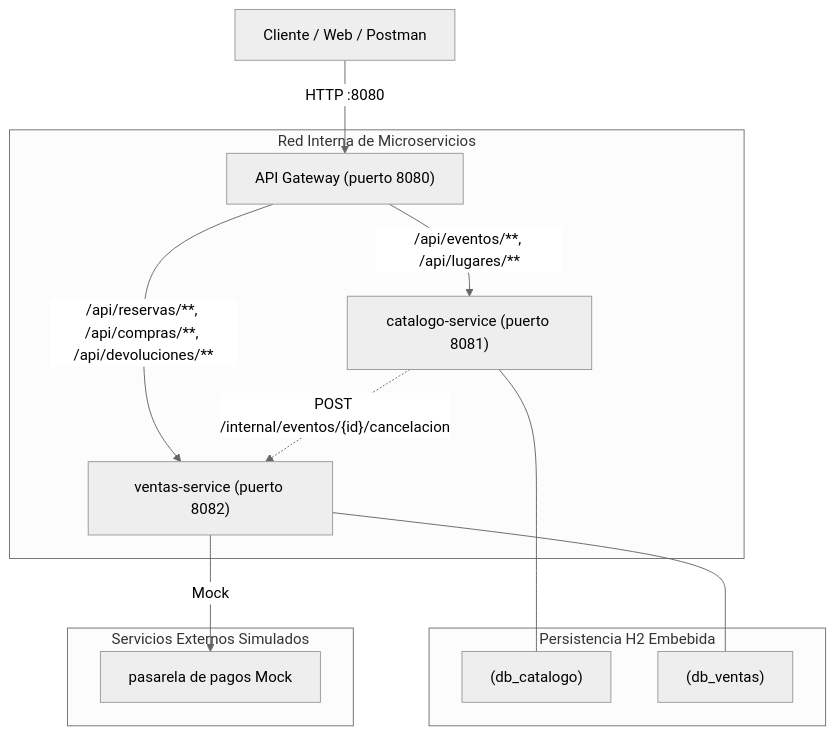
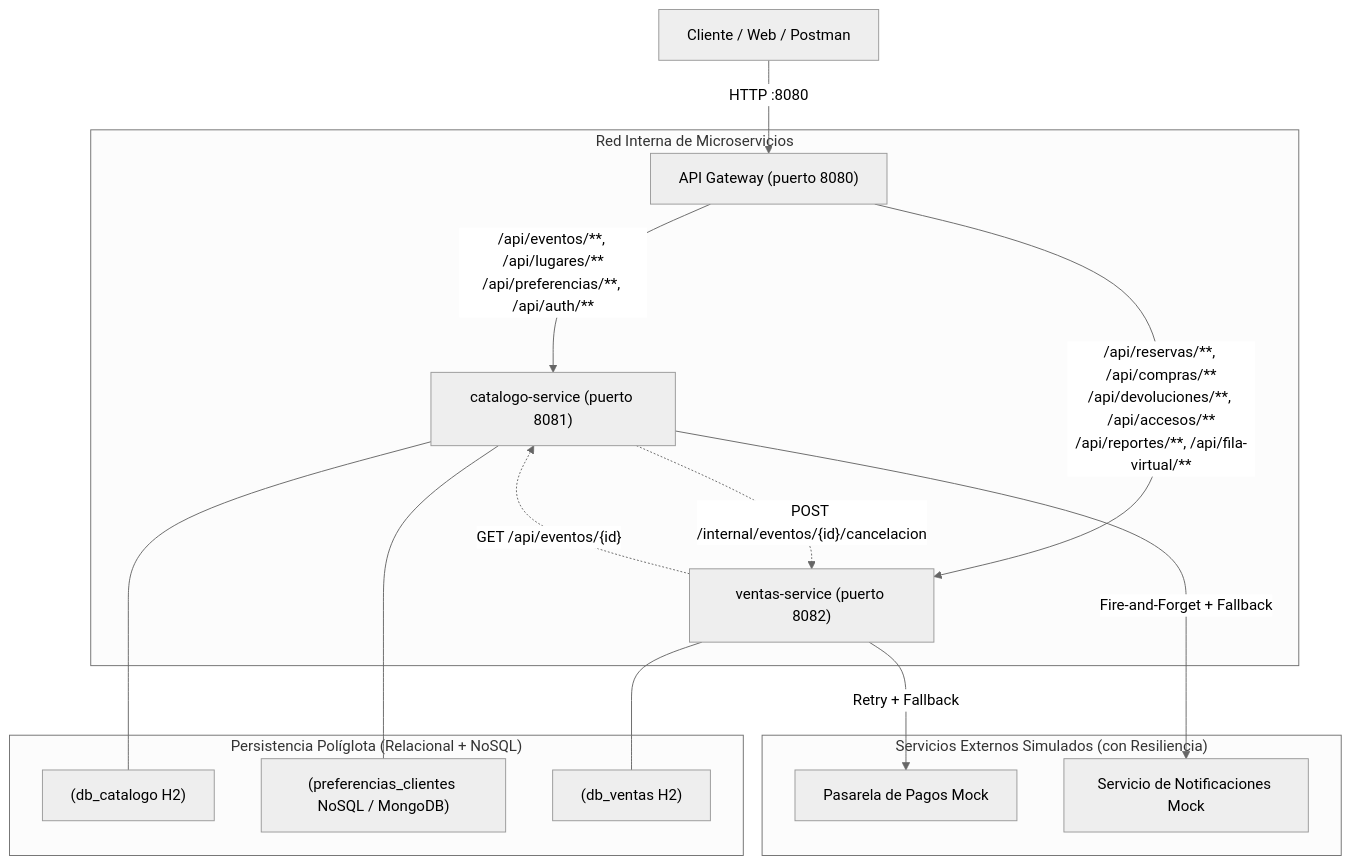
The diagram in README.md (BrandonPenna/GrupoArqui), drawn with Mermaid (neutral theme) before and after one commit. The commit also changed other lines of this file and 38 other files, not shown here.

Commit message:
feat(entrega2): implementar fila virtual, preferencias NoSQL, JWT, cache, resiliencia, docker y tests

````diff
--- a/README.md
+++ b/README.md
@@ -11,19 +11,22 @@
 ```mermaid
 graph TD
     Client["Cliente / Web / Postman"] -->|HTTP :8080| Gateway["API Gateway (puerto 8080)"]
 
     subgraph RedInterna ["Red Interna de Microservicios"]
-        Gateway -->|"/api/eventos/**, /api/lugares/**"| CatService["catalogo-service (puerto 8081)"]
-        Gateway -->|"/api/reservas/**, /api/compras/**, /api/devoluciones/**"| VenService["ventas-service (puerto 8082)"]
+        Gateway -->|"/api/eventos/**, /api/lugares/**<br/>/api/preferencias/**, /api/auth/**"| CatService["catalogo-service (puerto 8081)"]
+        Gateway -->|"/api/reservas/**, /api/compras/**<br/>/api/devoluciones/**, /api/accesos/**<br/>/api/reportes/**, /api/fila-virtual/**"| VenService["ventas-service (puerto 8082)"]
         CatService -.->|"POST /internal/eventos/{id}/cancelacion"| VenService
+        VenService -.->|"GET /api/eventos/{id}"| CatService
     end
 
-    subgraph BasesDatos ["Persistencia H2 Embebida"]
-        CatService --- DBCat["(db_catalogo)"]
-        VenService --- DBVen["(db_ventas)"]
+    subgraph BasesDatos ["Persistencia Políglota (Relacional + NoSQL)"]
+        CatService --- DBCat["(db_catalogo H2)"]
+        CatService --- DBMongo["(preferencias_clientes NoSQL / MongoDB)"]
+        VenService --- DBVen["(db_ventas H2)"]
     end
 
-    subgraph Externos ["Servicios Externos Simulados"]
-        VenService -->|Mock| Pasarela["pasarela de pagos Mock"]
+    subgraph Externos ["Servicios Externos Simulados (con Resiliencia)"]
+        VenService -->|Retry + Fallback| Pasarela["Pasarela de Pagos Mock"]
+        CatService -->|Fire-and-Forget + Fallback| Notif["Servicio de Notificaciones Mock"]
     end
 ```
````
